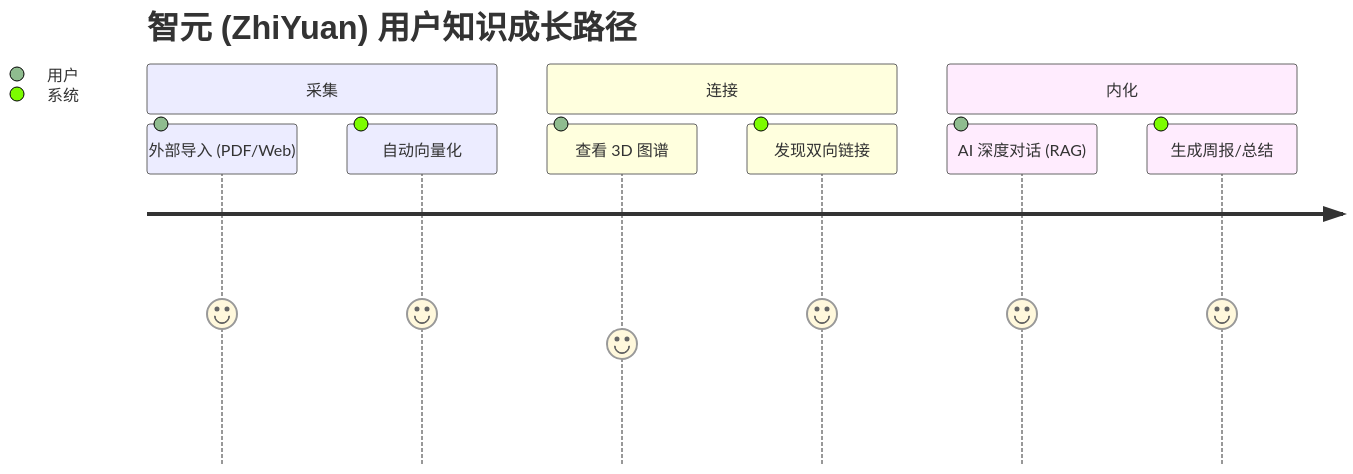
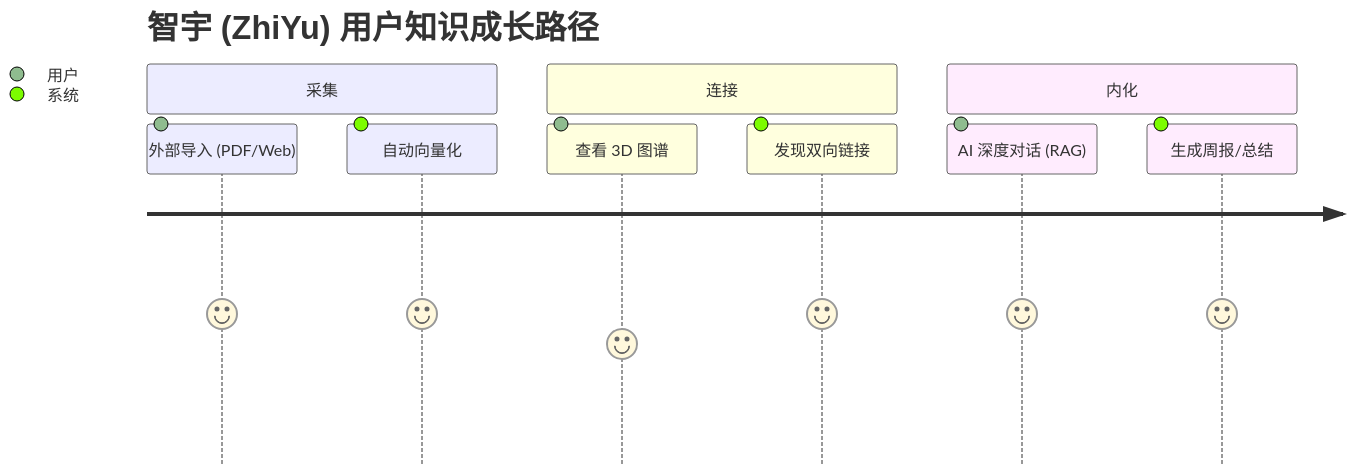
The diagram in Docs/Requirements/PRODUCT_REQUIREMENTS.md (wangchong2023/KnowledgeBase), drawn with Mermaid before and after one commit. The commit also changed other lines of this file and 231 other files, not shown here.

````diff
--- a/Docs/Requirements/PRODUCT_REQUIREMENTS.md
+++ b/Docs/Requirements/PRODUCT_REQUIREMENTS.md
@@ -26,13 +26,13 @@
 ```mermaid
 journey
-    title 智元 (ZhiYuan) 用户知识成长路径
+    title 智宇 (ZhiYu) 用户知识成长路径
     section 采集
       外部导入 (PDF/Web): 5: 用户
       自动向量化: 5: 系统
     section 连接
       查看 3D 图谱: 4: 用户
       发现双向链接: 5: 系统
     section 内化
       AI 深度对话 (RAG): 5: 用户
       生成周报/总结: 5: 系统
 ```
````
